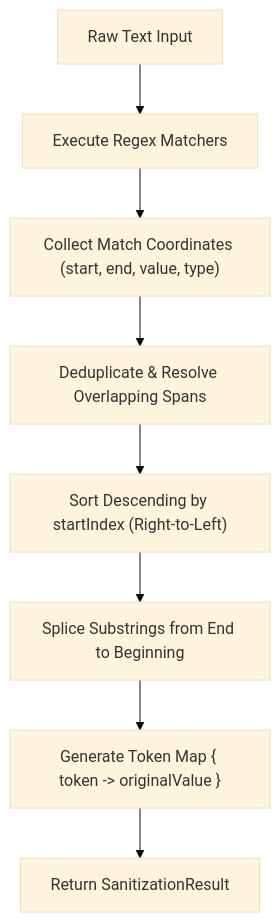
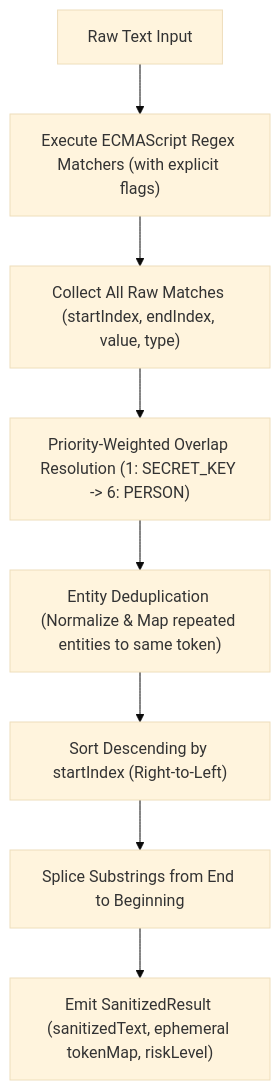
The diagram in docs/spec/privacy-guard-spec.md (lukasmatusiewicz/OSCAR), drawn with Mermaid (base theme) before and after one commit. The commit also changed other lines of this file and 5 other files, not shown here.

````diff
--- a/docs/spec/privacy-guard-spec.md
+++ b/docs/spec/privacy-guard-spec.md
@@ -36,10 +44,10 @@
 ```mermaid
 flowchart TD
-    Raw["Raw Text Input"] --> Scan["Execute Regex Matchers"]
-    Scan --> Collect["Collect Match Coordinates (start, end, value, type)"]
-    Collect --> Dedupe["Deduplicate & Resolve Overlapping Spans"]
+    Raw["Raw Text Input"] --> Scan["Execute ECMAScript Regex Matchers (with explicit flags)"]
+    Scan --> Collect["Collect All Raw Matches (startIndex, endIndex, value, type)"]
+    Collect --> Overlap["Priority-Weighted Overlap Resolution (1: SECRET_KEY -> 6: PERSON)"]
+    Overlap --> Dedupe["Entity Deduplication (Normalize & Map repeated entities to same token)"]
     Dedupe --> Sort["Sort Descending by startIndex (Right-to-Left)"]
-    Sort --> Replace["Splice Substrings from End to Beginning"]
-    Replace --> TokenMap["Generate Token Map { token -> originalValue }"]
-    TokenMap --> Result["Return SanitizationResult"]
+    Sort --> Splice["Splice Substrings from End to Beginning"]
+    Splice --> Out["Emit SanitizedResult (sanitizedText, ephemeral tokenMap, riskLevel)"]
 ```
````
